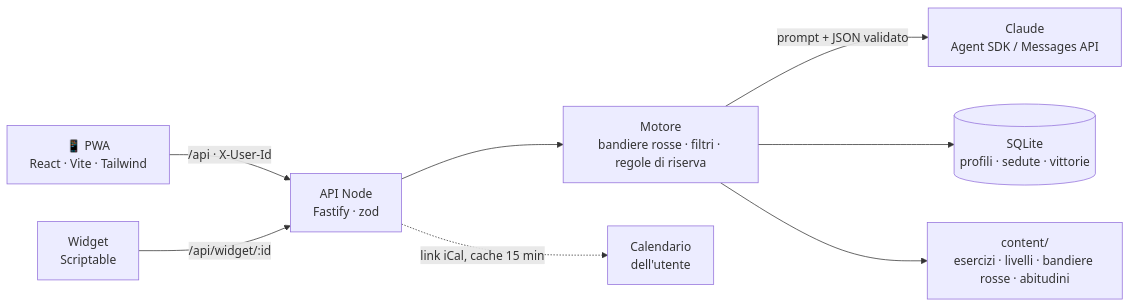
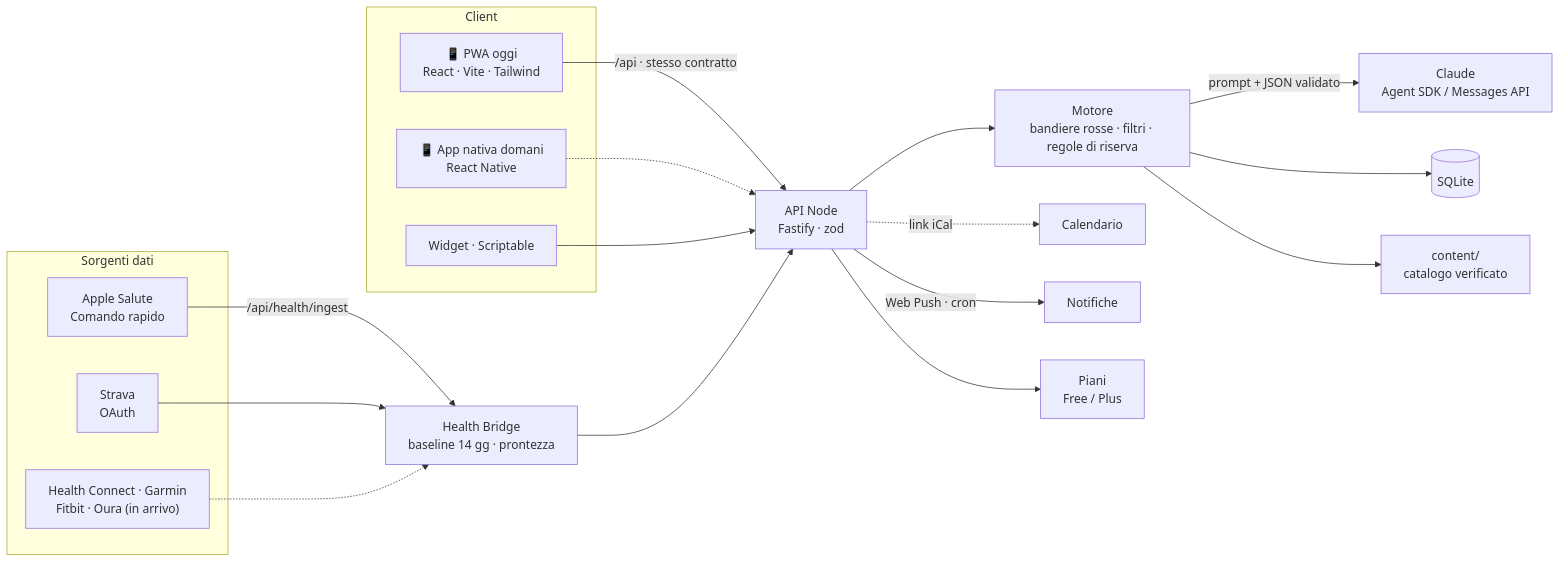
Before and after one commit to ratioessentials/passopasso: the diagram in README.md, drawn with Mermaid. The commit also changed other lines of this file and 4 other files, not shown here.

Commit message:
[chat-5] Quinta ondata: visione e tecnologia riscritte, scena del Comando rapido, Health Bridge, push e piani; script ritarato a 3:52

````diff
--- a/README.md
+++ b/README.md
@@ -100,10 +107,27 @@
 ```mermaid
 flowchart LR
-  U["📱 PWA<br/>React · Vite · Tailwind"] -->|"/api · X-User-Id"| S["API Node<br/>Fastify · zod"]
+  subgraph Client
+    U["📱 PWA oggi<br/>React · Vite · Tailwind"]
+    N["📱 App nativa domani<br/>React Native"]
+    W["Widget · Scriptable"]
+  end
+  subgraph Sorgenti["Sorgenti dati"]
+    AH["Apple Salute<br/>Comando rapido"]
+    ST["Strava<br/>OAuth"]
+    FU["Health Connect · Garmin<br/>Fitbit · Oura (in arrivo)"]
+  end
+  U -->|"/api · stesso contratto"| S["API Node<br/>Fastify · zod"]
+  N -.-> S
+  W --> S
+  AH -->|"/api/health/ingest"| HB["Health Bridge<br/>baseline 14 gg · prontezza"]
+  ST --> HB
+  FU -.-> HB
+  HB --> S
   S --> E["Motore<br/>bandiere rosse · filtri · regole di riserva"]
   E -->|"prompt + JSON validato"| C["Claude<br/>Agent SDK / Messages API"]
-  E --> D[("SQLite<br/>profili · sedute · vittorie")]
-  E --> K["content/<br/>esercizi · livelli · bandiere rosse · abitudini"]
-  S -.->|"link iCal, cache 15 min"| G["Calendario<br/>dell'utente"]
-  W["Widget<br/>Scriptable"] -->|"/api/widget/:id"| S
+  E --> D[("SQLite")]
+  E --> K["content/<br/>catalogo verificato"]
+  S -.->|"link iCal"| G["Calendario"]
+  S -->|"Web Push · cron"| P["Notifiche"]
+  S --> PL["Piani<br/>Free / Plus"]
 ```
````
